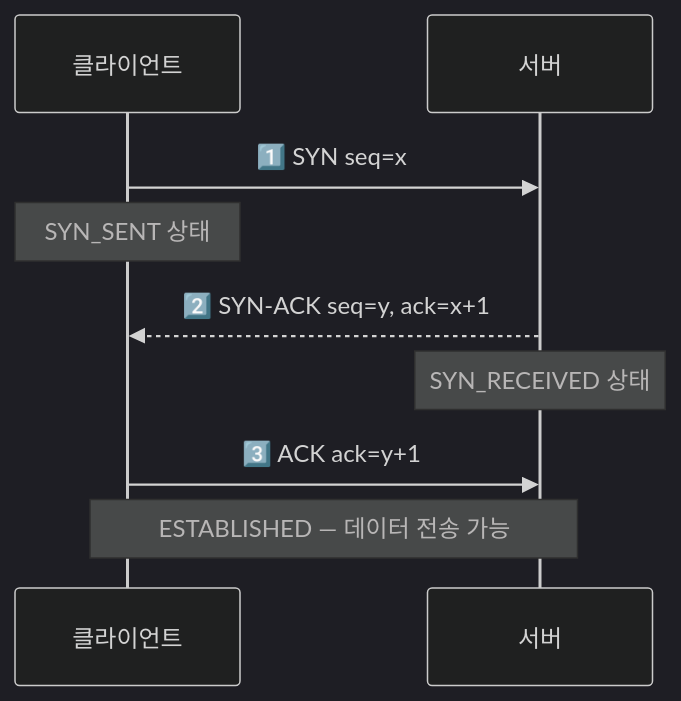
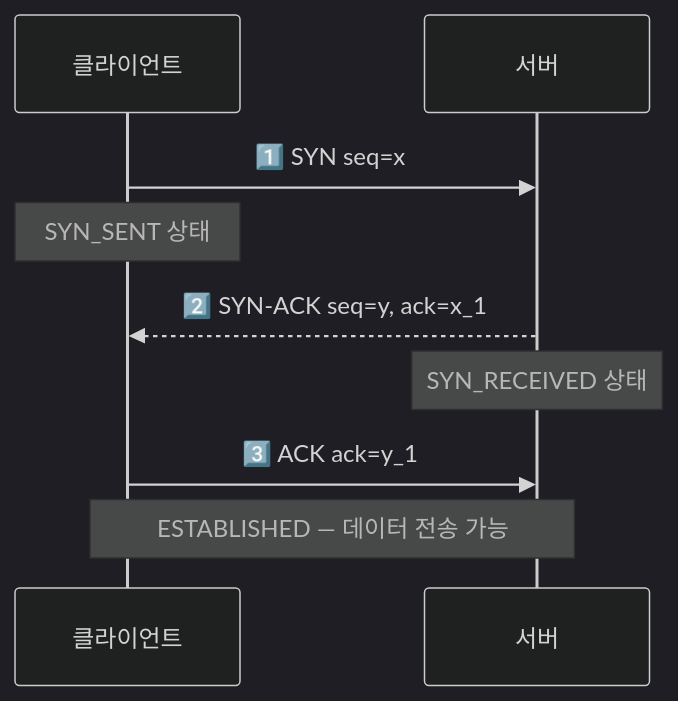
Before and after one commit to yjkim2015/yjkim2015.github.io: the first of 6 diagrams in _posts/network/2026-05-03-tcp-udp-deep.md, drawn with Mermaid (dark theme). The commit also changed other lines of this file and 38 other files, not shown here.

First line of the commit message:
Mermaid 파싱 에러 최종 수정 + 화살표 간격 확대

````diff
--- a/_posts/network/2026-05-03-tcp-udp-deep.md
+++ b/_posts/network/2026-05-03-tcp-udp-deep.md
@@ -59,11 +59,11 @@
 ```mermaid
 sequenceDiagram
     participant C as 클라이언트
     participant S as 서버
     C->>S: 1️⃣ SYN seq=x
     Note over C: SYN_SENT 상태
-    S-->>C: 2️⃣ SYN-ACK seq=y, ack=x+1
+    S-->>C: 2️⃣ SYN-ACK seq=y, ack=x_1
     Note over S: SYN_RECEIVED 상태
-    C->>S: 3️⃣ ACK ack=y+1
+    C->>S: 3️⃣ ACK ack=y_1
     Note over C,S: ESTABLISHED — 데이터 전송 가능
 ```
````
